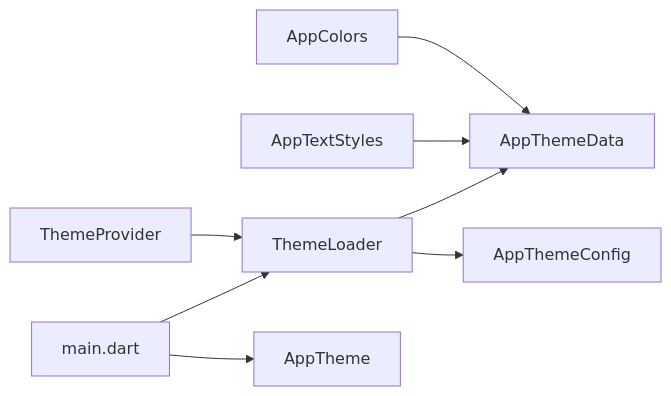
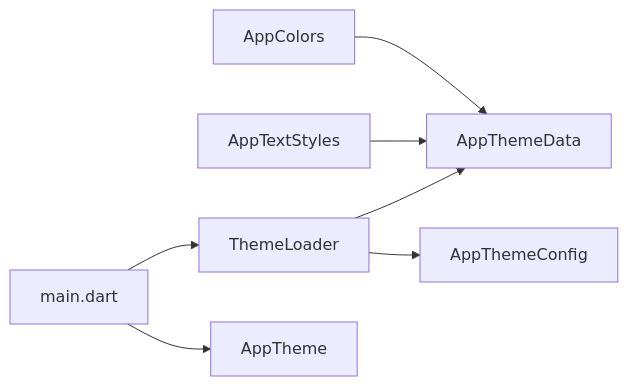
The eighth of 8 diagrams in .qoder/repowiki/zh/content/扩展开发/自定义功能开发/页面开发/主题与样式定制.md (ZTfer/Tinycast), drawn with Mermaid before and after one commit. The commit also changed other lines of this file and 34 other files, not shown here.

````diff
--- a/.qoder/repowiki/zh/content/扩展开发/自定义功能开发/页面开发/主题与样式定制.md
+++ b/.qoder/repowiki/zh/content/扩展开发/自定义功能开发/页面开发/主题与样式定制.md
@@ -316,10 +301,9 @@
 ```mermaid
 graph LR
 AC["AppColors"] --> TD["AppThemeData"]
 ATS["AppTextStyles"] --> TD
 TL["ThemeLoader"] --> TD
 TL --> AFC["AppThemeConfig"]
-TP["ThemeProvider"] --> TL
 M["main.dart"] --> TL
 M --> AT["AppTheme"]
 ```
````
